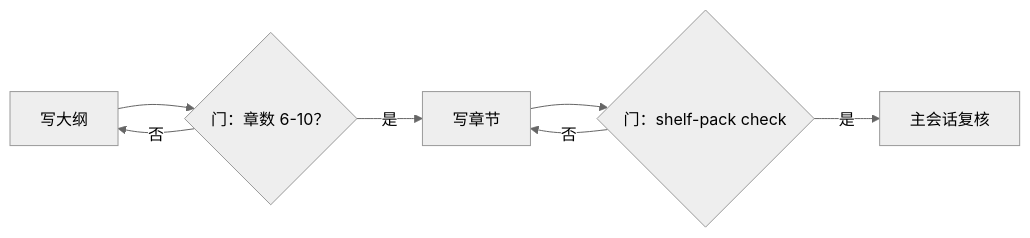
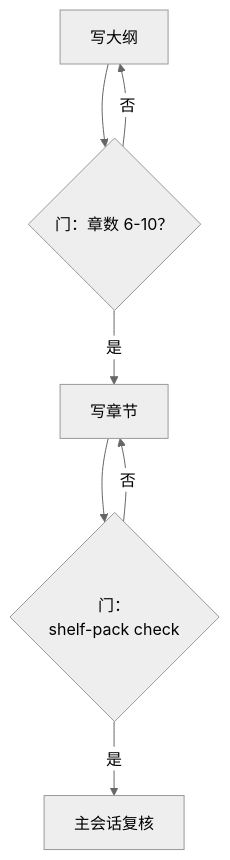
The third of 4 diagrams in books/multi-agent/02-orchestration-patterns.md (jarvis-pro/hatch-shelf), drawn with Mermaid (neutral theme) before and after one commit. The commit also changed other lines of this file and 432 other files, not shown here.

````diff
--- a/books/multi-agent/02-orchestration-patterns.md
+++ b/books/multi-agent/02-orchestration-patterns.md
@@ -88,9 +88,9 @@
 ```mermaid
-flowchart LR
+flowchart TD
   A["写大纲"] --> G1{"门：章数 6-10？"}
   G1 -->|"否"| A
   G1 -->|"是"| B["写章节"]
-  B --> G2{"门：shelf-pack check"}
+  B --> G2{"门：<br/>shelf-pack check"}
   G2 -->|"否"| B
   G2 -->|"是"| C["主会话复核"]
 ```
````
